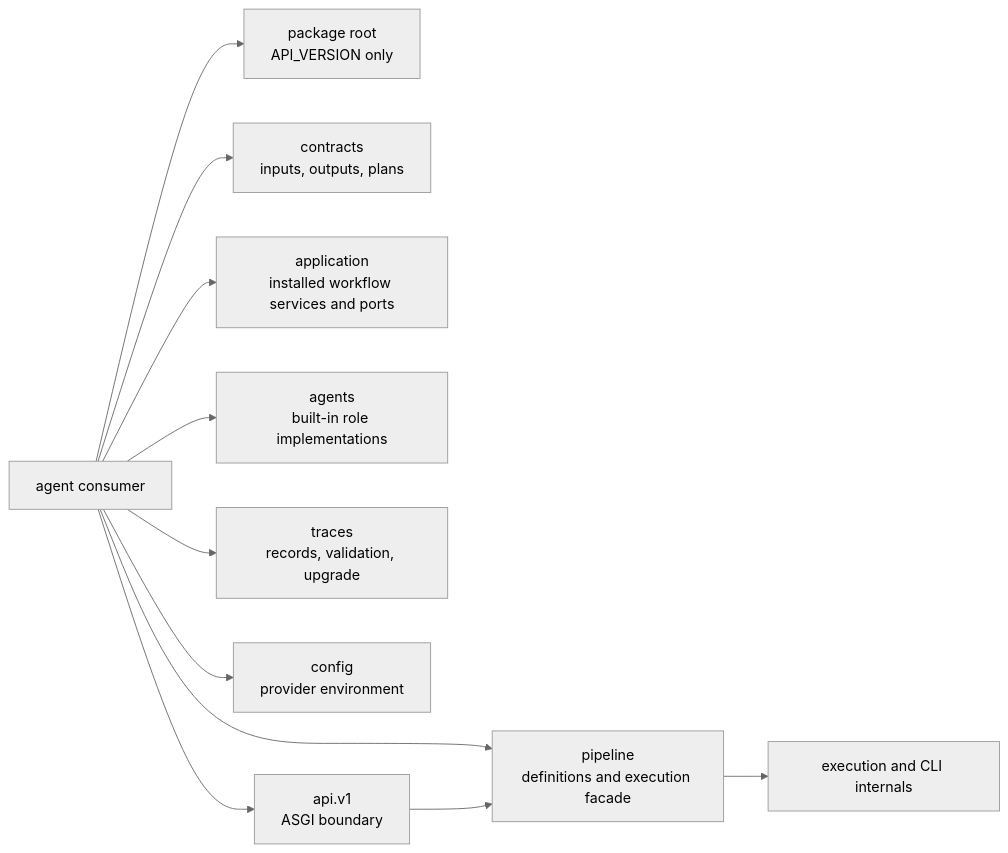
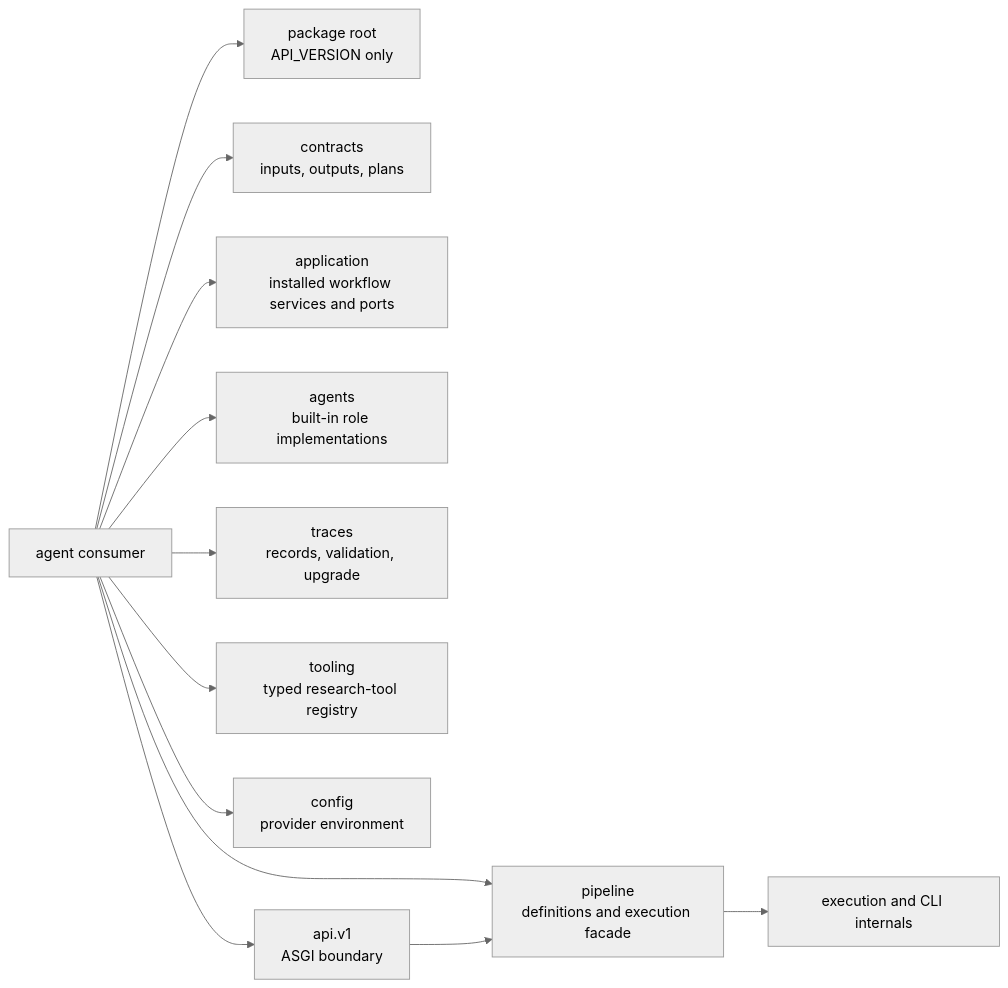
One commit to bijux/bijux-canon changed the diagram in docs/05-bijux-canon-agent/interfaces/public-imports.md. Above: the diagram before and after it, drawn with Mermaid (neutral theme). The commit also changed other lines of this file and 8 other files, not shown here.

Commit message:
feat(agent): register typed research tools

````diff
--- a/docs/05-bijux-canon-agent/interfaces/public-imports.md
+++ b/docs/05-bijux-canon-agent/interfaces/public-imports.md
@@ -23,24 +23,26 @@
 ```mermaid
 flowchart LR
     consumer["agent consumer"]
     root["package root<br/>API_VERSION only"]
     contracts["contracts<br/>inputs, outputs, plans"]
     application["application<br/>installed workflow services and ports"]
     pipeline["pipeline<br/>definitions and execution facade"]
     roles["agents<br/>built-in role implementations"]
     traces["traces<br/>records, validation, upgrade"]
+    tooling["tooling<br/>typed research-tool registry"]
     config["config<br/>provider environment"]
     api["api.v1<br/>ASGI boundary"]
     internals["execution and CLI internals"]
 
     consumer --> root
     consumer --> contracts
     consumer --> application
     consumer --> pipeline
     consumer --> roles
     consumer --> traces
+    consumer --> tooling
     consumer --> config
     consumer --> api
     pipeline --> internals
     api --> pipeline
 ```
````
